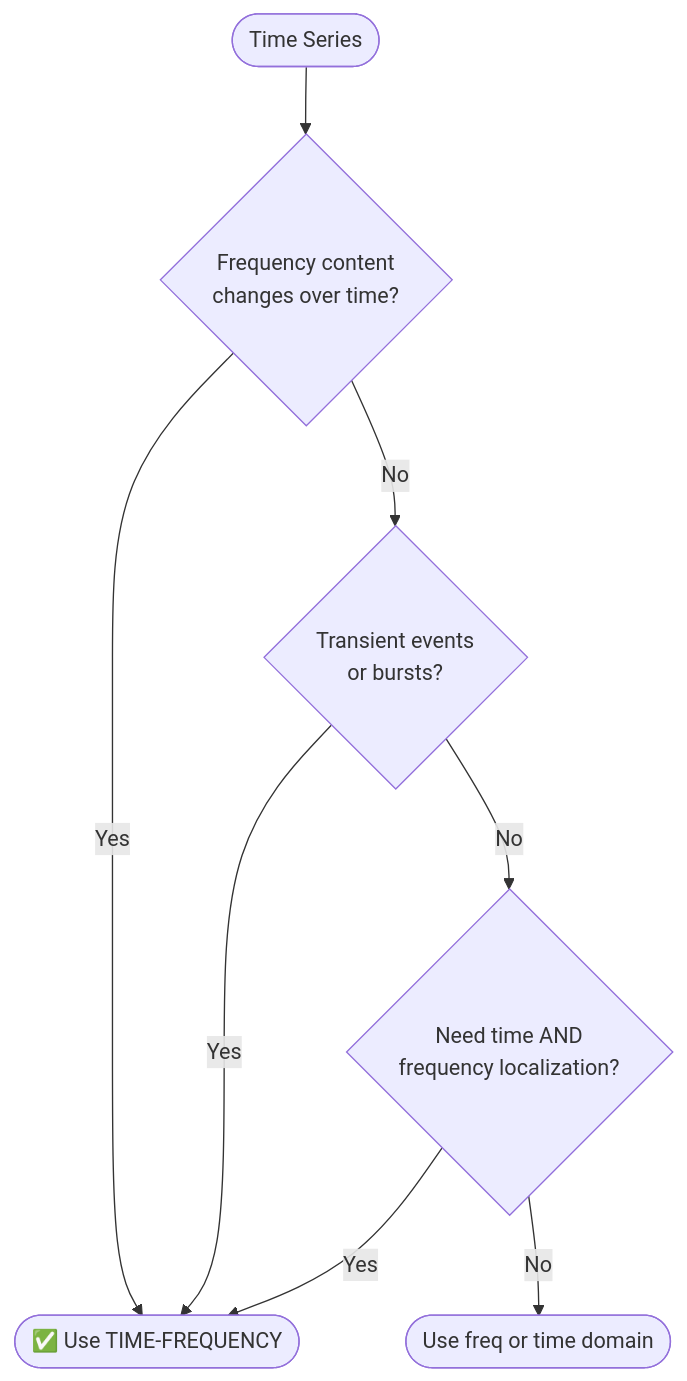
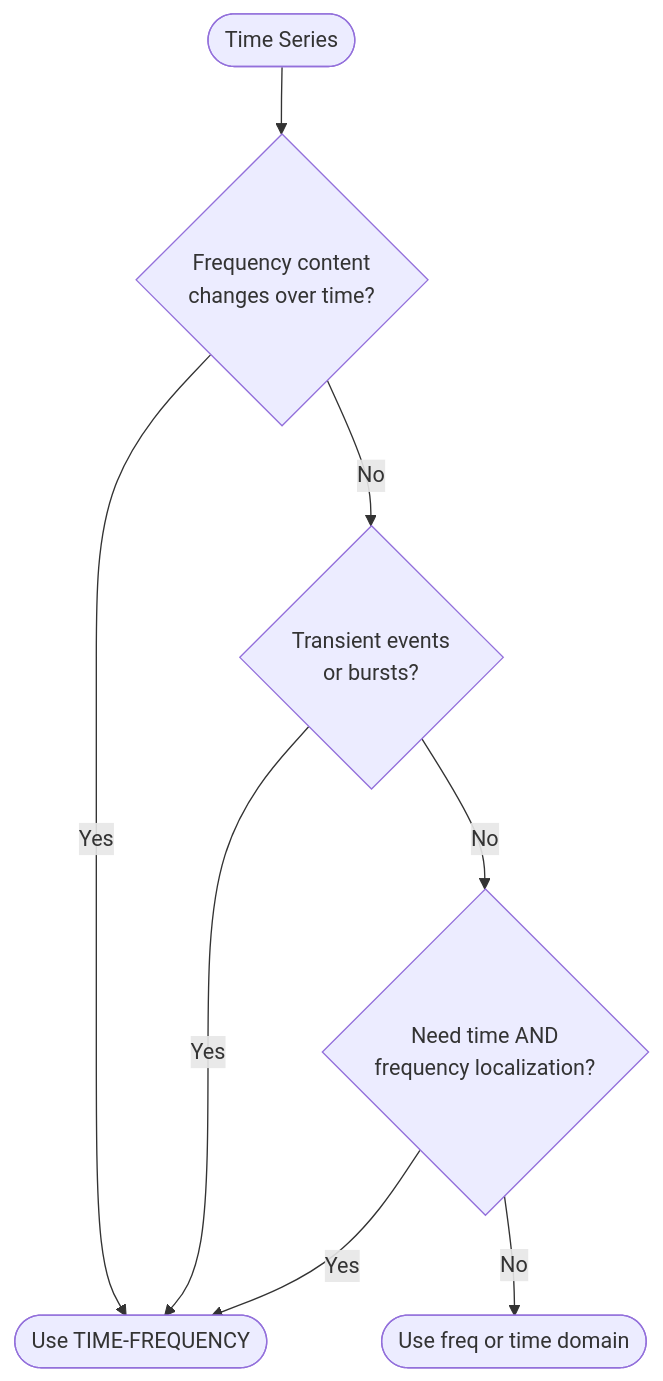
Before and after one commit to Shuxin-Y/time-series-analysis-manual: the seventh of 14 diagrams in docs/01-master-flowchart/03-representation-workflow.md, drawn with Mermaid. The commit also changed other lines of this file and 3 other files, not shown here.

First line of the commit message:
Enable Mermaid rendering and remove all emojis from flowcharts

````diff
--- a/docs/01-master-flowchart/03-representation-workflow.md
+++ b/docs/01-master-flowchart/03-representation-workflow.md
@@ -307,19 +307,19 @@
 ```mermaid
 graph TD
     START([Time Series]) --> QUESTION1
 
     QUESTION1{Frequency content<br/>changes over time?}
     QUESTION1 -->|Yes| TF_GOOD
     QUESTION1 -->|No| QUESTION2
 
     QUESTION2{Transient events<br/>or bursts?}
     QUESTION2 -->|Yes| TF_GOOD
     QUESTION2 -->|No| QUESTION3
 
     QUESTION3{Need time AND<br/>frequency localization?}
     QUESTION3 -->|Yes| TF_GOOD
     QUESTION3 -->|No| CONSIDER_OTHER
 
-    TF_GOOD([✅ Use TIME-FREQUENCY])
+    TF_GOOD([Use TIME-FREQUENCY])
     CONSIDER_OTHER([Use freq or time domain])
 ```
````
